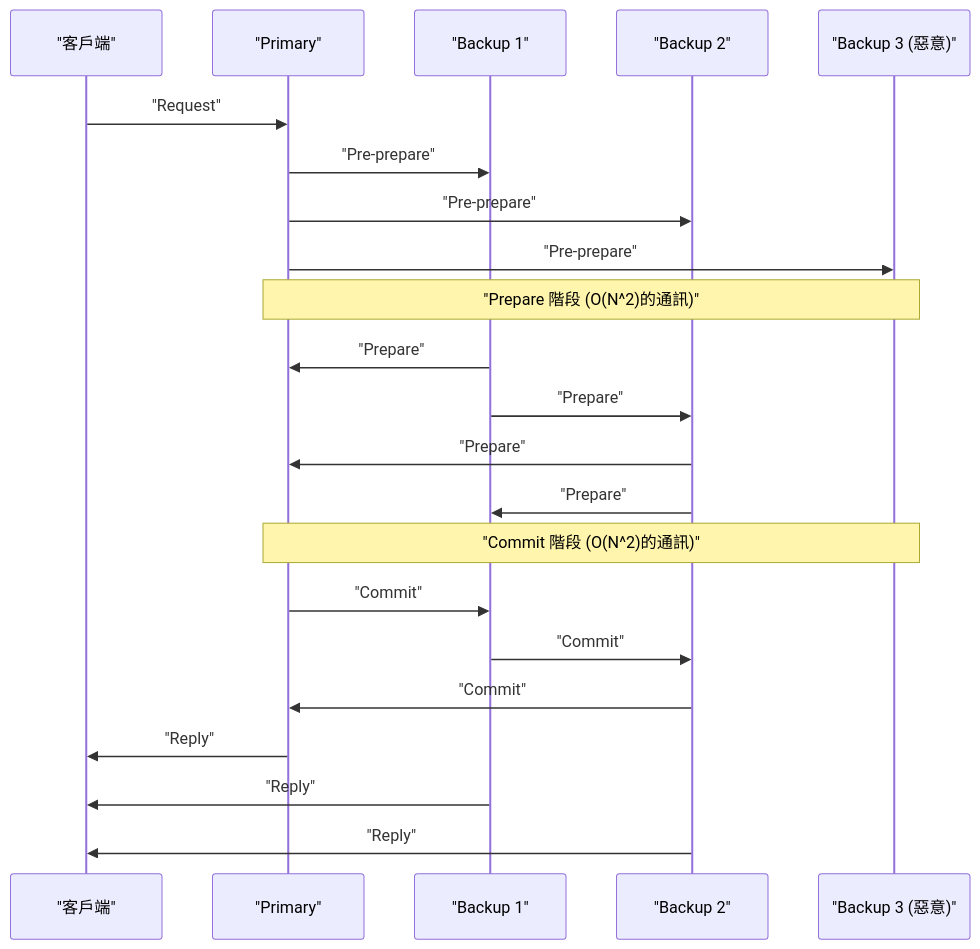
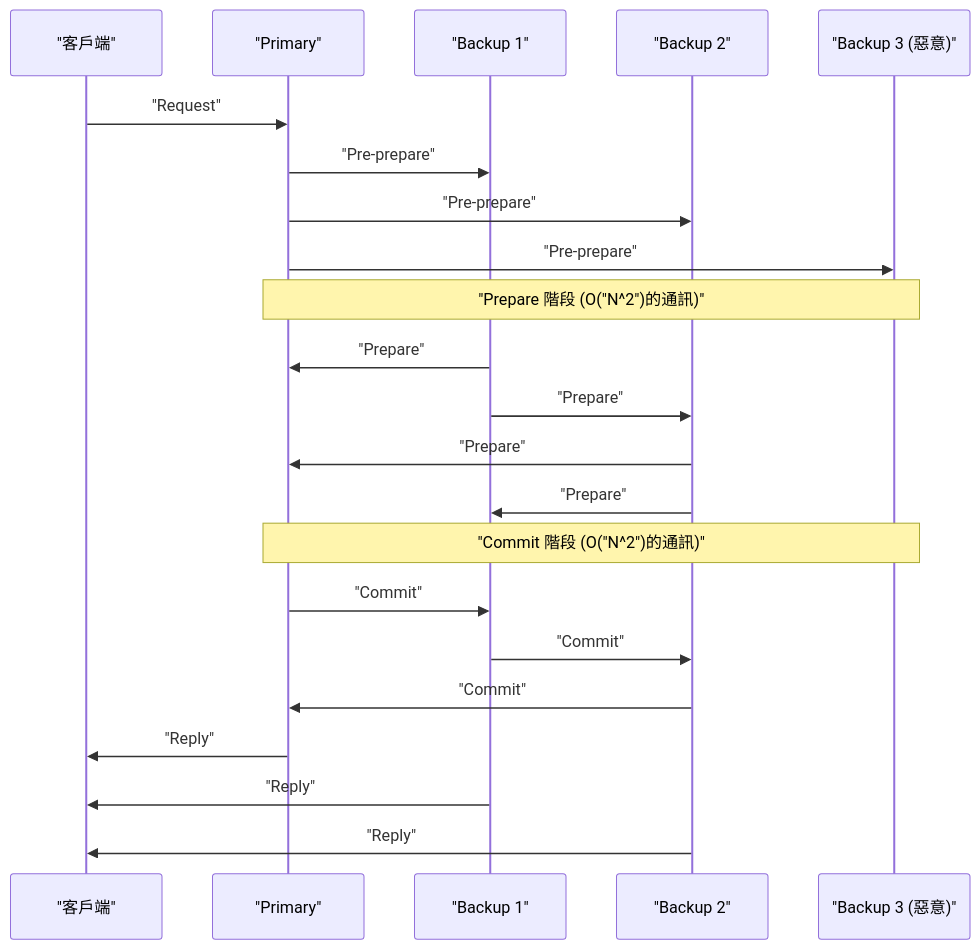
Before and after one commit to kenjinote/blog: the third of 3 diagrams in content/post/byzantine-generals-problem-consensus/index.zh-tw.md, drawn with Mermaid. The commit also changed 929 other files, not shown here.

Commit message:
fix: Add double quotes to all Mermaid node texts to resolve syntax errors

````diff
--- a/content/post/byzantine-generals-problem-consensus/index.zh-tw.md
+++ b/content/post/byzantine-generals-problem-consensus/index.zh-tw.md
@@ -242,28 +242,28 @@
 ```mermaid
 sequenceDiagram
     participant C as "客戶端"
     participant P as "Primary"
     participant B1 as "Backup 1"
     participant B2 as "Backup 2"
     participant B3 as "Backup 3 (惡意)"
 
     C->>P: "Request"
     P->>B1: "Pre-prepare"
     P->>B2: "Pre-prepare"
     P->>B3: "Pre-prepare"
     
-    Note over P,B3: "Prepare 階段 (O(N^2)的通訊)"
+    Note over P,B3: "Prepare 階段 (O("N^2")的通訊)"
     B1->>P: "Prepare"
     B1->>B2: "Prepare"
     B2->>P: "Prepare"
     B2->>B1: "Prepare"
     
-    Note over P,B3: "Commit 階段 (O(N^2)的通訊)"
+    Note over P,B3: "Commit 階段 (O("N^2")的通訊)"
     P->>B1: "Commit"
     B1->>B2: "Commit"
     B2->>P: "Commit"
     
     P->>C: "Reply"
     B1->>C: "Reply"
     B2->>C: "Reply"
 ```
````
